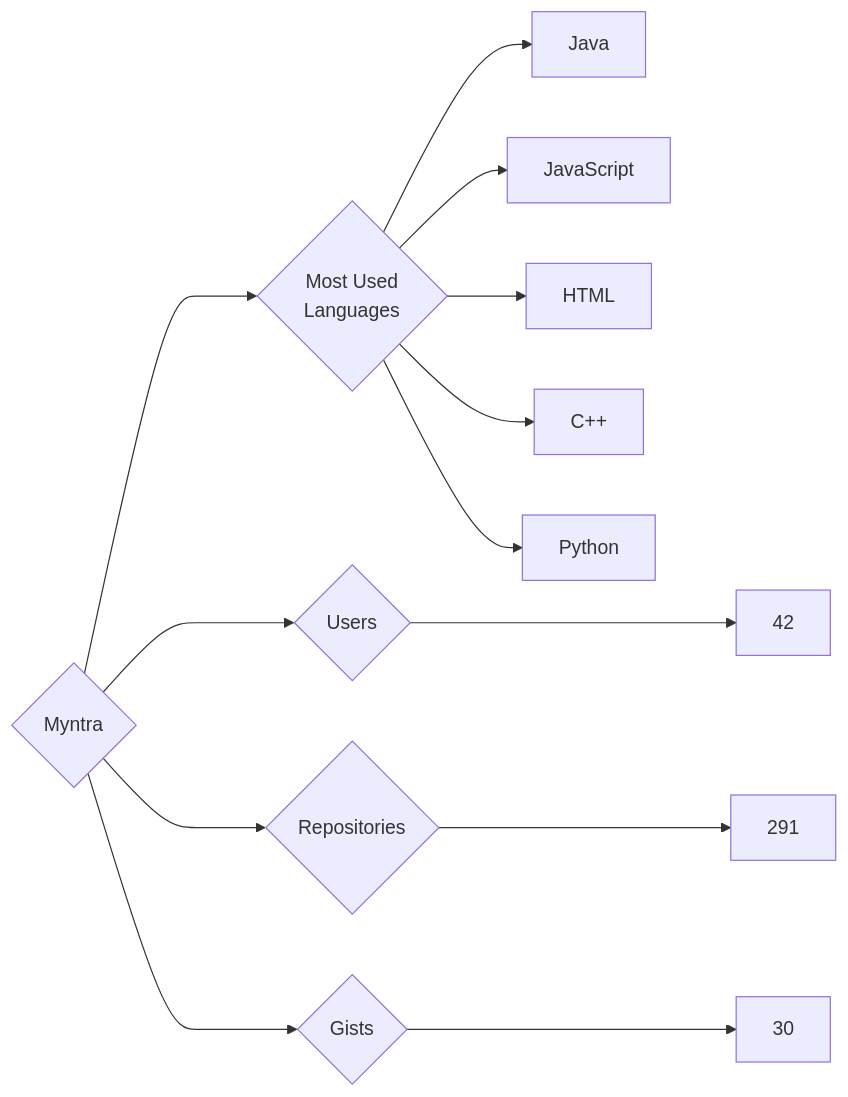
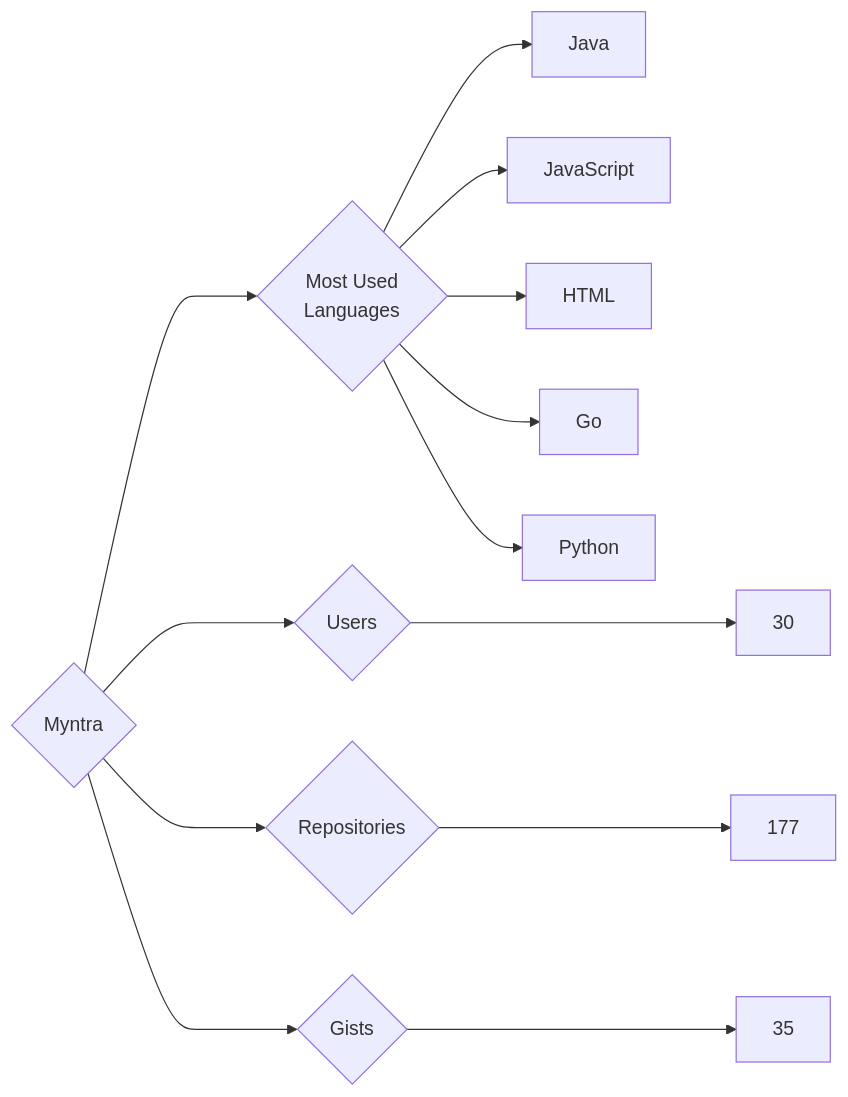
One commit to trickest/insiders changed the diagram in targets/Myntra/README.md. Above: the diagram before and after it, drawn with Mermaid. The commit also changed 939 other files, not shown here.

````diff
--- a/targets/Myntra/README.md
+++ b/targets/Myntra/README.md
@@ -3,13 +3,13 @@
 ```mermaid
 graph LR
 COMPANY_NAME{Myntra}
-COMPANY_NAME ---> U{Users} ---> UN[42]
-COMPANY_NAME ---> R{Repositories} ---> RN[291]
-COMPANY_NAME ---> G{Gists} ---> GN[30]
+COMPANY_NAME ---> U{Users} ---> UN[30]
+COMPANY_NAME ---> R{Repositories} ---> RN[177]
+COMPANY_NAME ---> G{Gists} ---> GN[35]
 COMPANY_NAME ---> ML{Most Used<br>Languages}
 ML --> Java[Java]
 ML --> JavaScript[JavaScript]
 ML --> HTML[HTML]
-ML --> C++[C++]
+ML --> Go[Go]
 ML --> Python[Python]
 ```
````
